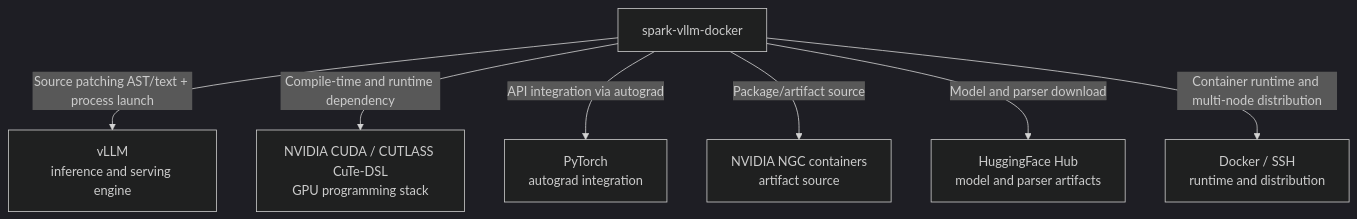
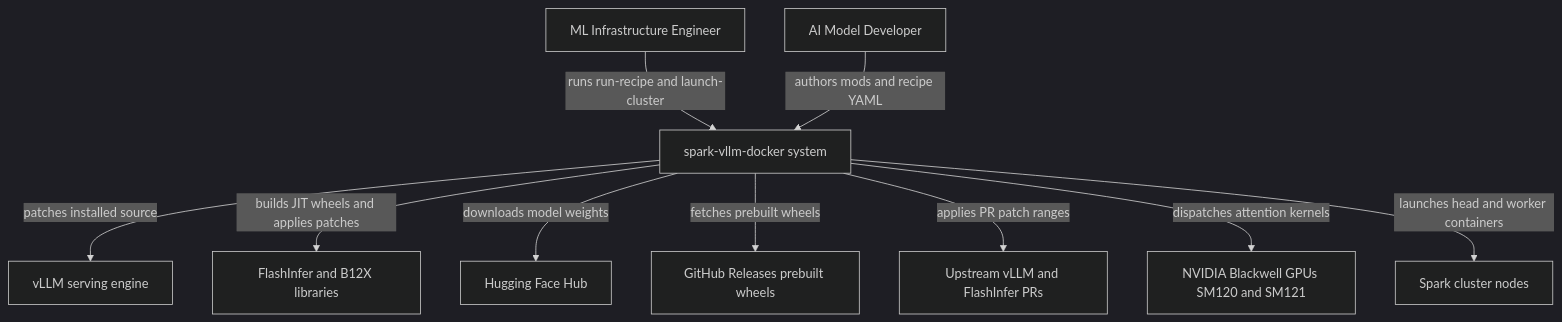
The first of 12 diagrams in deepwiki-rs-docs/2.Architecture.md (jpfulton-fultonengineeringservices/spark-vllm-docker), drawn with Mermaid (dark theme) before and after one commit. The commit also changed other lines of this file and 156 other files, not shown here.

````diff
--- a/deepwiki-rs-docs/2.Architecture.md
+++ b/deepwiki-rs-docs/2.Architecture.md
@@ -88,17 +72,23 @@
 ```mermaid
-graph TB
-    spark-vllm-docker["spark-vllm-docker"]
-    VLLM["vLLM<br/>inference and serving engine"]
-    CUDA["NVIDIA CUDA / CUTLASS CuTe-DSL<br/>GPU programming stack"]
-    Torch["PyTorch<br/>autograd integration"]
-    NGC["NVIDIA NGC containers<br/>artifact source"]
-    HF["HuggingFace Hub<br/>model and parser artifacts"]
-    DockerSSH["Docker / SSH<br/>runtime and distribution"]
+graph TD
+    MLInfra["ML Infrastructure Engineer"]
+    ModelDev["AI Model Developer"]
+    SVD["spark-vllm-docker system"]
+    VLLM["vLLM serving engine"]
+    FI["FlashInfer and B12X libraries"]
+    HF["Hugging Face Hub"]
+    GH["GitHub Releases prebuilt wheels"]
+    PRS["Upstream vLLM and FlashInfer PRs"]
+    HW["NVIDIA Blackwell GPUs SM120 and SM121"]
+    Spark["Spark cluster nodes"]
 
-    spark-vllm-docker -->|"Source patching AST/text + process launch"| VLLM
-    spark-vllm-docker -->|"Compile-time and runtime dependency"| CUDA
-    spark-vllm-docker -->|"API integration via autograd"| Torch
-    spark-vllm-docker -->|"Package/artifact source"| NGC
-    spark-vllm-docker -->|"Model and parser download"| HF
-    spark-vllm-docker -->|"Container runtime and multi-node distribution"| DockerSSH
+    MLInfra -->|"runs run-recipe and launch-cluster"| SVD
+    ModelDev -->|"authors mods and recipe YAML"| SVD
+    SVD -->|"patches installed source"| VLLM
+    SVD -->|"builds JIT wheels and applies patches"| FI
+    SVD -->|"downloads model weights"| HF
+    SVD -->|"fetches prebuilt wheels"| GH
+    SVD -->|"applies PR patch ranges"| PRS
+    SVD -->|"dispatches attention kernels"| HW
+    SVD -->|"launches head and worker containers"| Spark
 ```
````
